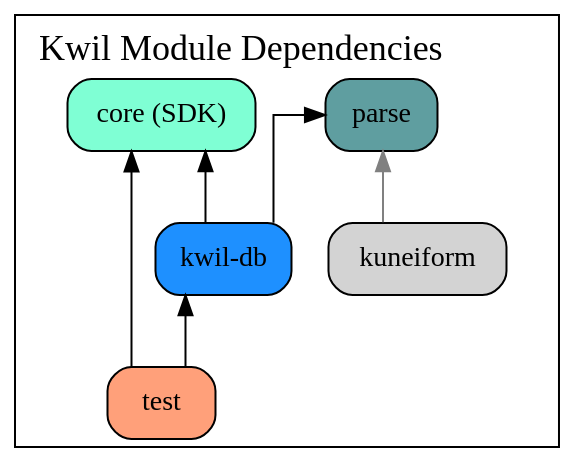
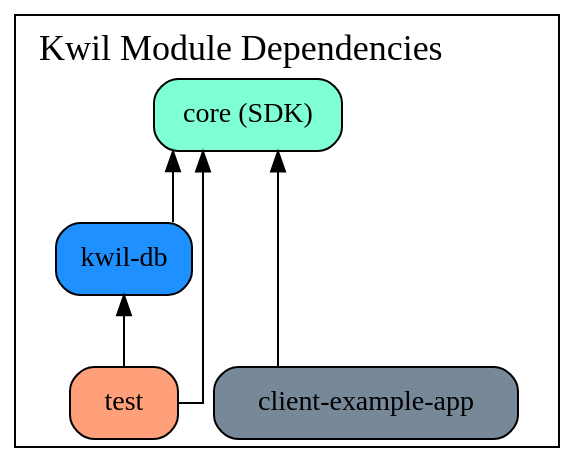
One commit to kwilteam/kwil-db changed the diagram in docs/modules.gv. Above: the diagram before and after it, drawn with Graphviz.

Commit message:
update module GV

```diff
--- a/docs/modules.gv
+++ b/docs/modules.gv
@@ -1,26 +1,19 @@
 digraph {
 	graph [splines=ortho colorscheme=svg label=<Kwil Module Dependencies> labelloc=t fontsize=18.0]
 	node [shape=box style="filled, rounded"]
 
 	kwildb [label="kwil-db" fillcolor=dodgerblue]
 	core [label="core (SDK)" fillcolor=aquamarine]
-	parse [label="parse" fillcolor=cadetblue]
+	clientex [label="client-example-app" fillcolor=lightslategray]
 	test [label="test" fillcolor=lightsalmon]
 
 	{rank=min core}
 	{rank=max test}
 	{rank=same core}
-
-	// sqlgrammargo [label="sql-grammar-go" fillcolor=lightgray]
-	// actgrammargo [label="action-grammar-go" fillcolor=lightgray]
-	kuneiform [label="kuneiform" fillcolor=lightgray]
+	{rank=same test clientex}
 
 	core -> kwildb [dir=back color=black]
 	core -> test [dir=back color=black]
+	core -> clientex [dir=back color=black]
 	kwildb -> test [dir=back color=black]
-	parse -> kwildb [dir=back color=black]
-
-	parse -> kuneiform [dir=back color=gray]
-	// sqlgrammargo -> parse [dir=back color=gray]
-	// actgrammargo -> parse [dir=back color=gray]
 }
```
